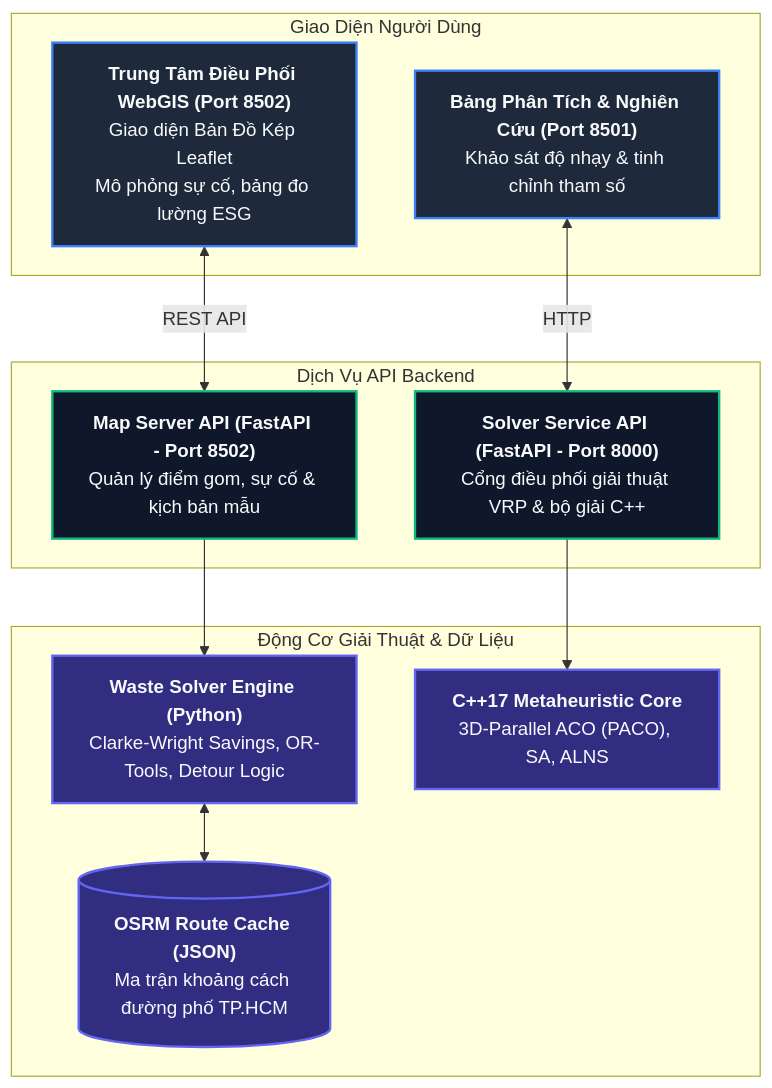
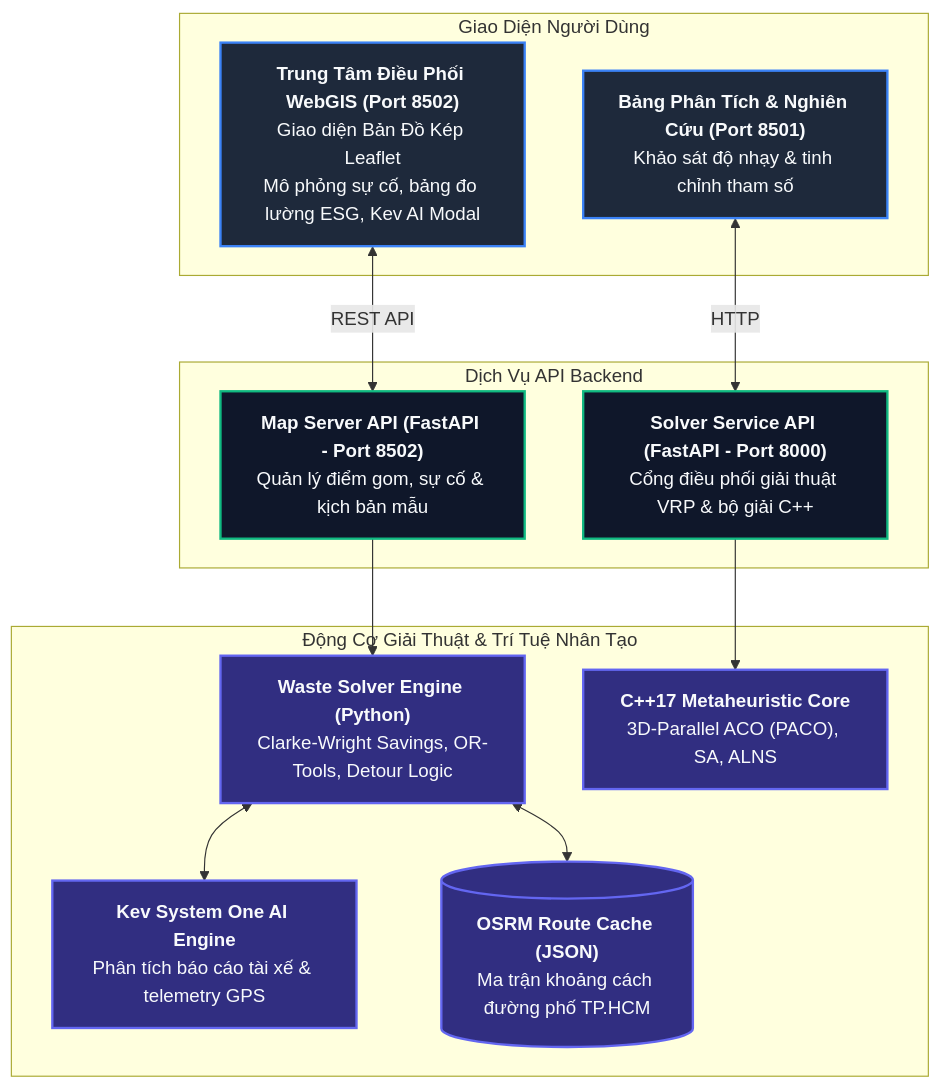
One commit to congnghip/Olympic changed the diagram in README.md. Above: the diagram before and after it, drawn with Mermaid. The commit also changed other lines of this file and 1 other file, not shown here.

Commit message:
docs: integrate Kev AI engine details into README and architecture

````diff
--- a/README.md
+++ b/README.md
@@ -27,28 +28,30 @@
 ```mermaid
 flowchart TD
     classDef client fill:#1e293b,stroke:#3b82f6,stroke-width:2px,color:#f8fafc;
     classDef service fill:#0f172a,stroke:#10b981,stroke-width:2px,color:#f8fafc;
     classDef engine fill:#312e81,stroke:#6366f1,stroke-width:2px,color:#f8fafc;
 
     subgraph UI ["Giao Diện Người Dùng"]
-        MapUI["<b>Trung Tâm Điều Phối WebGIS (Port 8502)</b><br/>Giao diện Bản Đồ Kép Leaflet<br/>Mô phỏng sự cố, bảng đo lường ESG"]:::client
+        MapUI["<b>Trung Tâm Điều Phối WebGIS (Port 8502)</b><br/>Giao diện Bản Đồ Kép Leaflet<br/>Mô phỏng sự cố, bảng đo lường ESG, Kev AI Modal"]:::client
         StreamlitUI["<b>Bảng Phân Tích & Nghiên Cứu (Port 8501)</b><br/>Khảo sát độ nhạy & tinh chỉnh tham số"]:::client
     end
 
     subgraph Backend ["Dịch Vụ API Backend"]
         MapServer["<b>Map Server API (FastAPI - Port 8502)</b><br/>Quản lý điểm gom, sự cố & kịch bản mẫu"]:::service
         BackendAPI["<b>Solver Service API (FastAPI - Port 8000)</b><br/>Cổng điều phối giải thuật VRP & bộ giải C++"]:::service
     end
 
-    subgraph Core ["Động Cơ Giải Thuật & Dữ Liệu"]
+    subgraph Core ["Động Cơ Giải Thuật & Trí Tuệ Nhân Tạo"]
         WasteSolver["<b>Waste Solver Engine (Python)</b><br/>Clarke-Wright Savings, OR-Tools, Detour Logic"]:::engine
+        KevAI["<b>Kev System One AI Engine</b><br/>Phân tích báo cáo tài xế & telemetry GPS"]:::engine
         CPPSolver["<b>C++17 Metaheuristic Core</b><br/>3D-Parallel ACO (PACO), SA, ALNS"]:::engine
         OSRM_Cache[("<b>OSRM Route Cache (JSON)</b><br/>Ma trận khoảng cách đường phố TP.HCM")]:::engine
     end
 
     MapUI <-->|REST API| MapServer
     StreamlitUI <-->|HTTP| BackendAPI
     MapServer --> WasteSolver
     BackendAPI --> CPPSolver
+    WasteSolver <--> KevAI
     WasteSolver <--> OSRM_Cache
 ```
````
